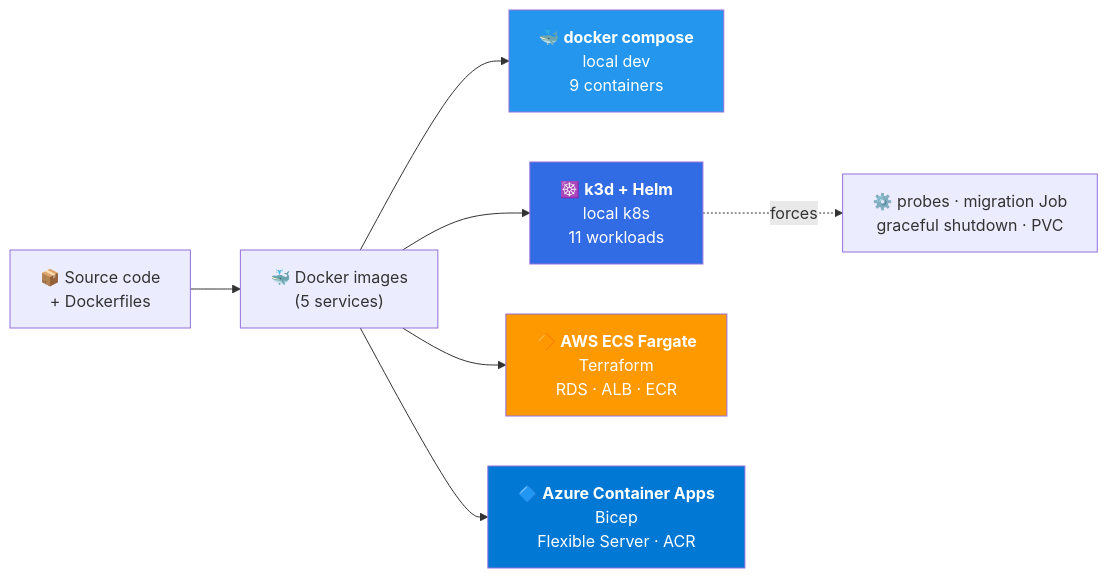
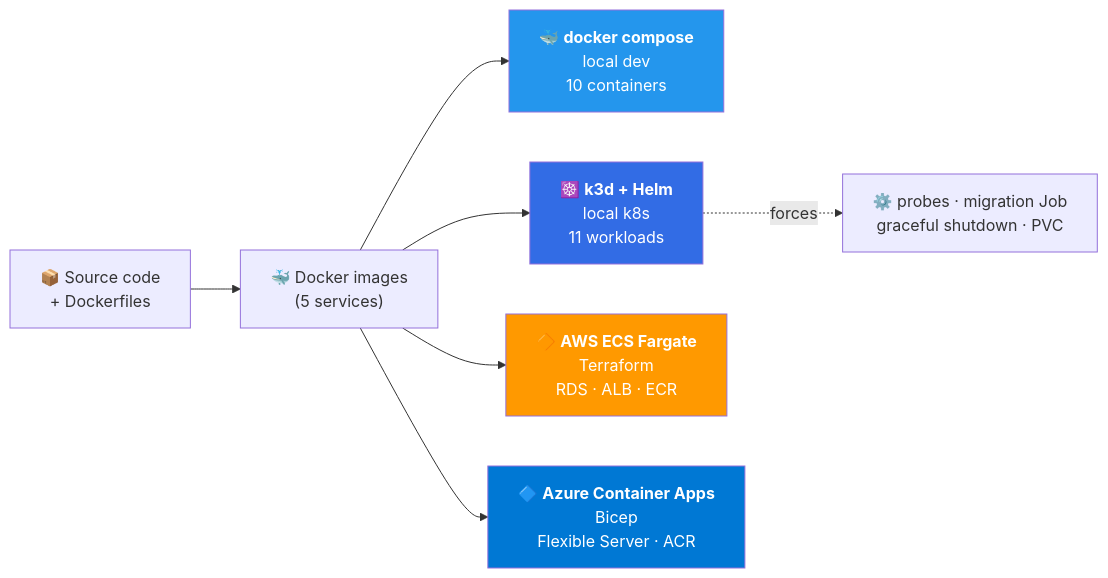
The second of 2 diagrams in README.md (TropinAlexey/seamline), drawn with Mermaid before and after one commit. The commit also changed other lines of this file and 118 other files, not shown here.

````diff
--- a/README.md
+++ b/README.md
@@ -533,16 +571,16 @@
 ```mermaid
 graph LR
     SRC["📦 Source code\n+ Dockerfiles"] --> IMG["🐳 Docker images\n(5 services)"]
 
-    IMG --> DC["🐳 <b>docker compose</b>\nlocal dev\n9 containers"]
+    IMG --> DC["🐳 <b>docker compose</b>\nlocal dev\n10 containers"]
     IMG --> K3D["☸️ <b>k3d + Helm</b>\nlocal k8s\n11 workloads"]
     IMG --> AWS["🔶 <b>AWS ECS Fargate</b>\nTerraform\nRDS · ALB · ECR"]
     IMG --> AZ["🔷 <b>Azure Container Apps</b>\nBicep\nFlexible Server · ACR"]
 
     K3D -. "forces" .-> Q["⚙️ probes · migration Job\ngraceful shutdown · PVC"]
 
     style DC fill:#2496ED,color:#fff
     style K3D fill:#326CE5,color:#fff
     style AWS fill:#FF9900,color:#fff
     style AZ fill:#0078D4,color:#fff
 ```
````
